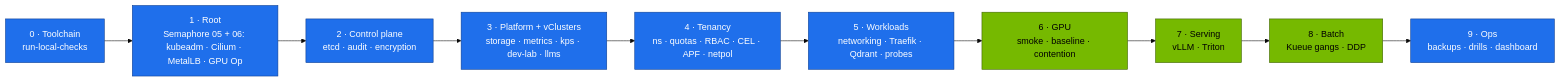
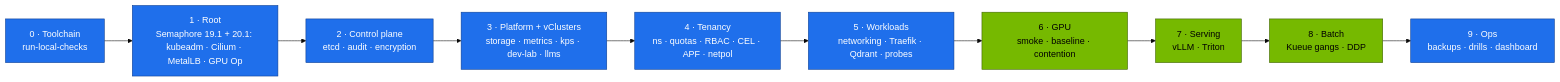
Before and after one commit to cloudone365/technical-depth: the second of 3 diagrams in 02-Kubernetes/05-dgx-spark-datacenter-simulation-lab.md, drawn with Mermaid (base theme). The commit also changed other lines of this file and 242 other files, not shown here.

````diff
--- a/02-Kubernetes/05-dgx-spark-datacenter-simulation-lab.md
+++ b/02-Kubernetes/05-dgx-spark-datacenter-simulation-lab.md
@@ -170,16 +170,16 @@
 ```mermaid
 flowchart LR
-  G0["0 · Toolchain<br/>run-local-checks"] --> G1["1 · Root<br/>Semaphore 05 + 06: kubeadm · Cilium · MetalLB · GPU Op"]
+  G0["0 · Toolchain<br/>run-local-checks"] --> G1["1 · Root<br/>Semaphore 19.1 + 20.1: kubeadm · Cilium · MetalLB · GPU Op"]
   G1 --> G2["2 · Control plane<br/>etcd · audit · encryption"]
   G2 --> G3["3 · Platform + vClusters<br/>storage · metrics · kps · dev-lab · llms"]
   G3 --> G4["4 · Tenancy<br/>ns · quotas · RBAC · CEL · APF · netpol"]
   G4 --> G5["5 · Workloads<br/>networking · Traefik · Qdrant · probes"]
   G5 --> G6["6 · GPU<br/>smoke · baseline · contention"]
   G6 --> G7["7 · Serving<br/>vLLM · Triton"]
   G7 --> G8["8 · Batch<br/>Kueue gangs · DDP"]
   G8 --> G9["9 · Ops<br/>backups · drills · dashboard"]
   classDef ctrl fill:#1f6feb,stroke:#0b3d91,color:#fff
   classDef gpu fill:#76b900,stroke:#3d6000,color:#000
   class G0,G1,G2,G3,G4,G5,G9 ctrl
   class G6,G7,G8 gpu
 ```
````
